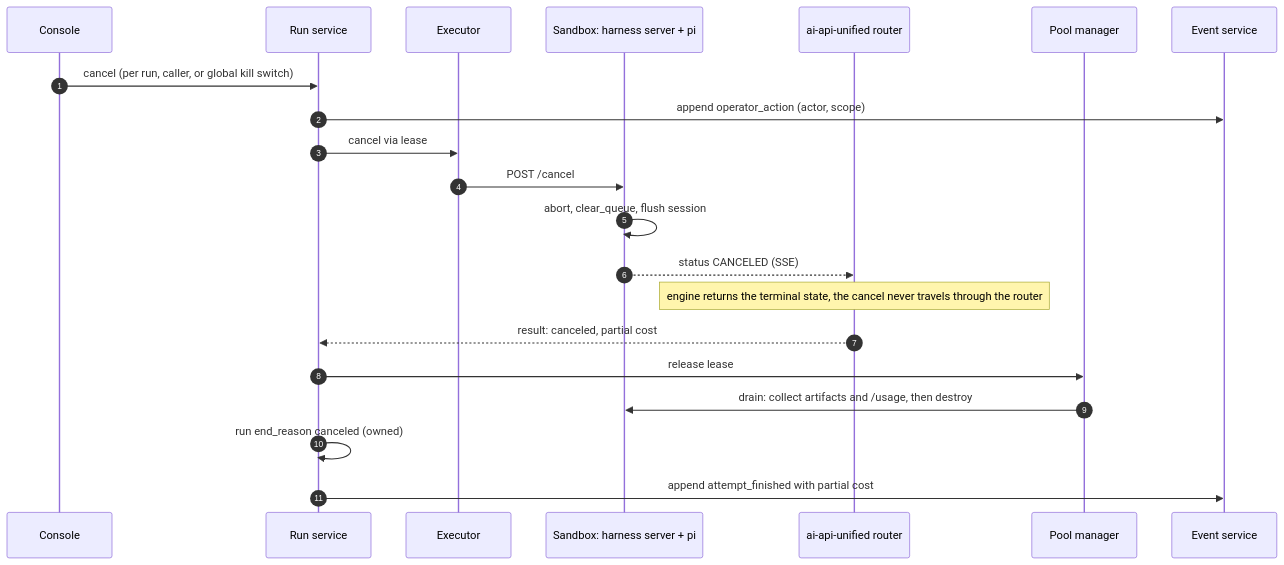
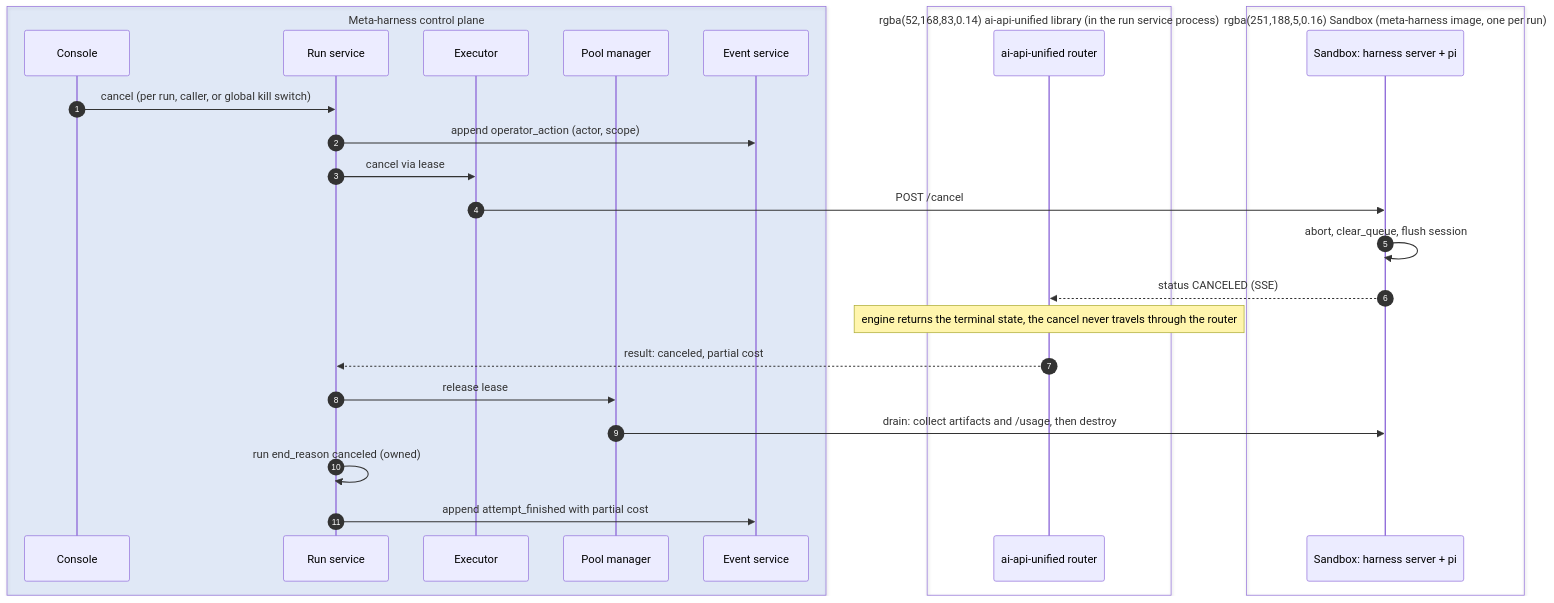
Before and after one commit to davecthomas/meta-harness: the tenth of 12 diagrams in docs/technical-design.md, drawn with Mermaid. The commit also changed other lines of this file, not shown here.

First line of the commit message:
docs/design-cleanup-and-boundaries: plain prose, model client name, owner boxes in sequences

````diff
--- a/docs/technical-design.md
+++ b/docs/technical-design.md
@@ -874,24 +932,30 @@
 ```mermaid
 sequenceDiagram
     autonumber
+    box rgba(66,135,245,0.12) Meta-harness control plane
     participant CON as Console
     participant W as Run service
     participant EX as Executor
-    participant SB as Sandbox: harness server + pi
-    participant R as ai-api-unified router
     participant PM as Pool manager
     participant EV as Event service
+    end
+    box rgba(52,168,83,0.14) ai-api-unified library (in the run service process)
+    participant R as ai-api-unified router
+    end
+    box rgba(251,188,5,0.16) Sandbox (meta-harness image, one per run)
+    participant SB as Sandbox: harness server + pi
+    end
 
     CON->>W: cancel (per run, caller, or global kill switch)
     W->>EV: append operator_action (actor, scope)
     W->>EX: cancel via lease
     EX->>SB: POST /cancel
     SB->>SB: abort, clear_queue, flush session
     SB-->>R: status CANCELED (SSE)
     Note over R: engine returns the terminal state, the cancel never travels through the router
     R-->>W: result: canceled, partial cost
     W->>PM: release lease
     PM->>SB: drain: collect artifacts and /usage, then destroy
     W->>W: run end_reason canceled (owned)
     W->>EV: append attempt_finished with partial cost
 ```
````
